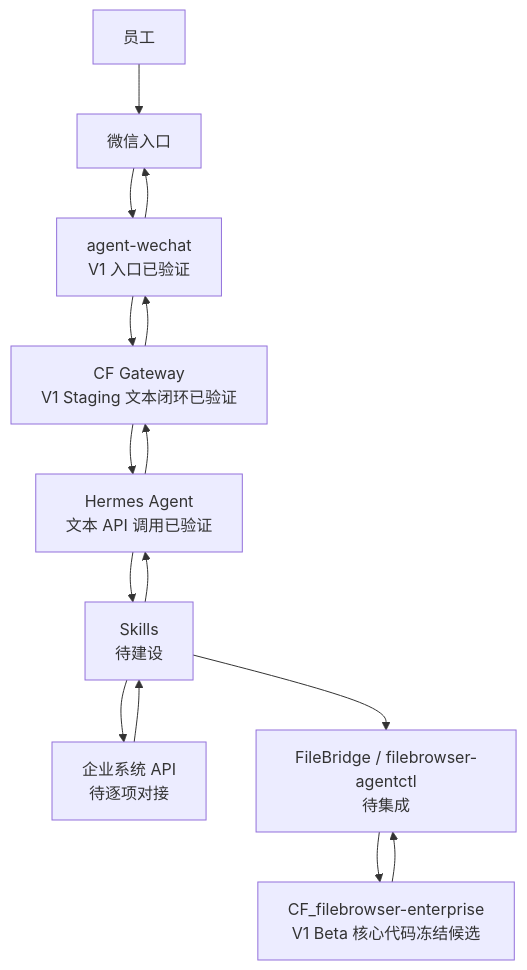
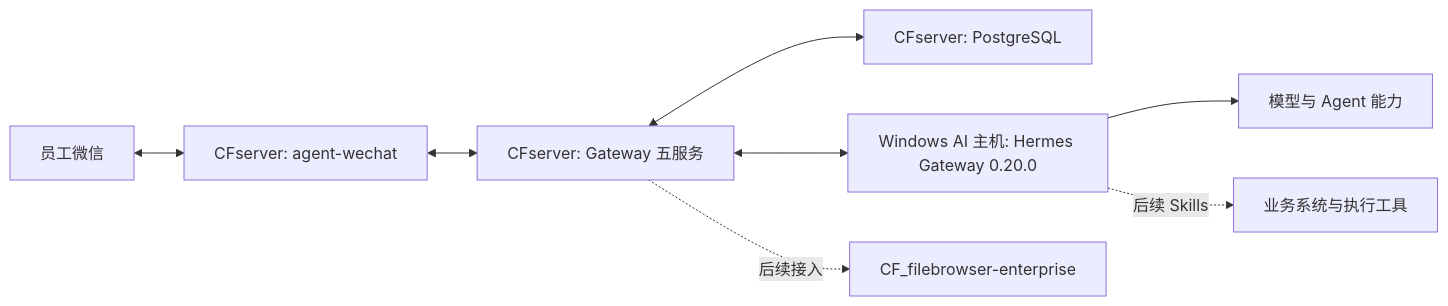
The diagram in architecture/ai-system-overview.md (Tangbohu09527/CF_ecommerce-automation-docs), drawn with Mermaid before and after one commit. The commit also changed other lines of this file and 15 other files, not shown here.

Commit message:
docs: sync WeChat gateway production architecture and status

````diff
--- a/architecture/ai-system-overview.md
+++ b/architecture/ai-system-overview.md
@@ -19,13 +9,10 @@
 ```mermaid
-flowchart TB
-    E["员工"] --> W["微信入口"]
-    W --> A["agent-wechat<br/>V1 入口已验证"]
-    A --> G["CF Gateway<br/>V1 Staging 文本闭环已验证"]
-    G --> H["Hermes Agent<br/>文本 API 调用已验证"]
-    H --> S["Skills<br/>待建设"]
-    S --> B["企业系统 API<br/>待逐项对接"]
-    S --> C["FileBridge / filebrowser-agentctl<br/>待集成"]
-    C --> F["CF_filebrowser-enterprise<br/>V1 Beta 核心代码冻结候选"]
-    B --> S --> H --> G --> A --> W
-    F --> C
+flowchart LR
+    U["员工微信"] <--> AW["CFserver: agent-wechat"]
+    AW <--> G["CFserver: Gateway 五服务"]
+    G <--> PG["CFserver: PostgreSQL"]
+    G <--> H["Windows AI 主机: Hermes Gateway 0.20.0"]
+    H --> M["模型与 Agent 能力"]
+    G -. "后续接入" .-> F["CF_filebrowser-enterprise"]
+    H -. "后续 Skills" .-> S["业务系统与执行工具"]
 ```
````
